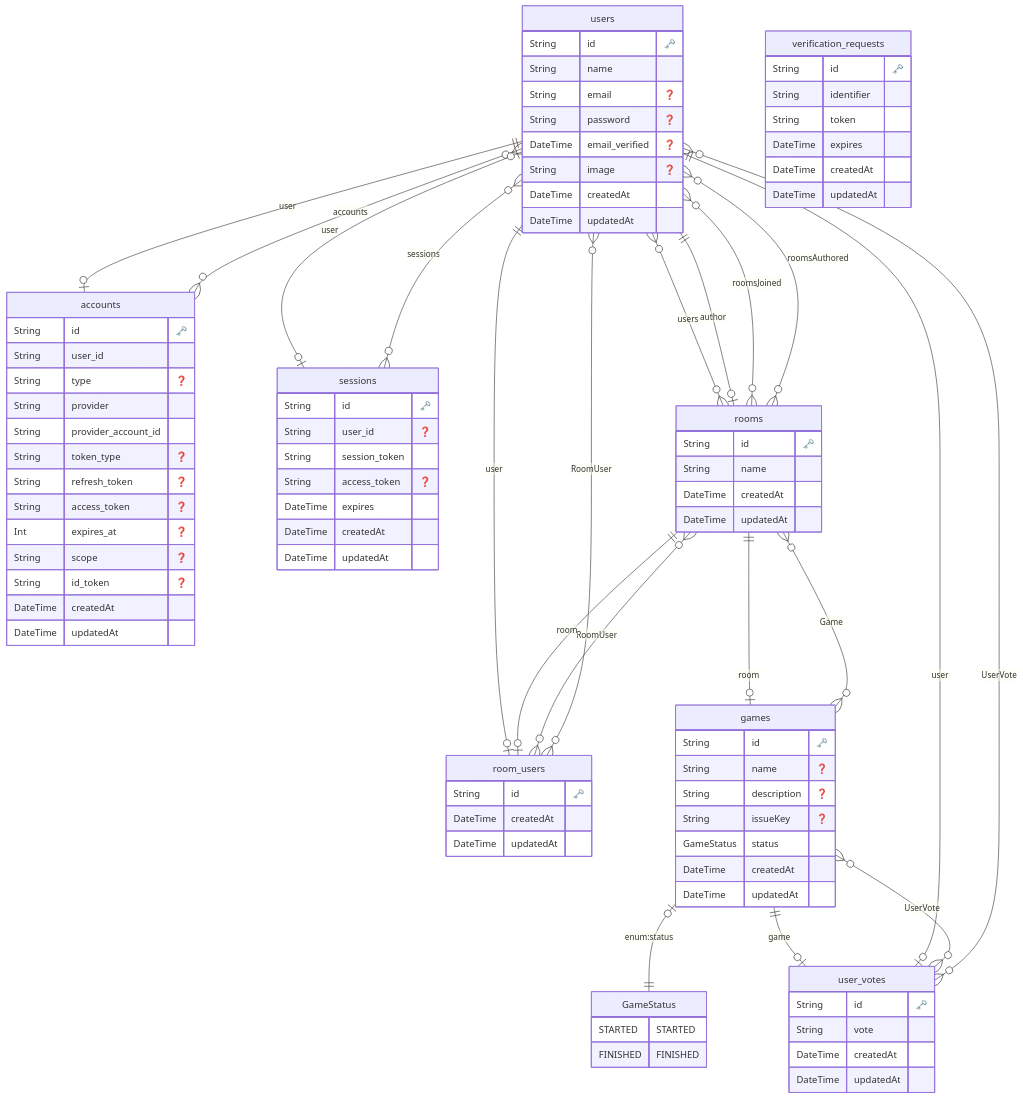
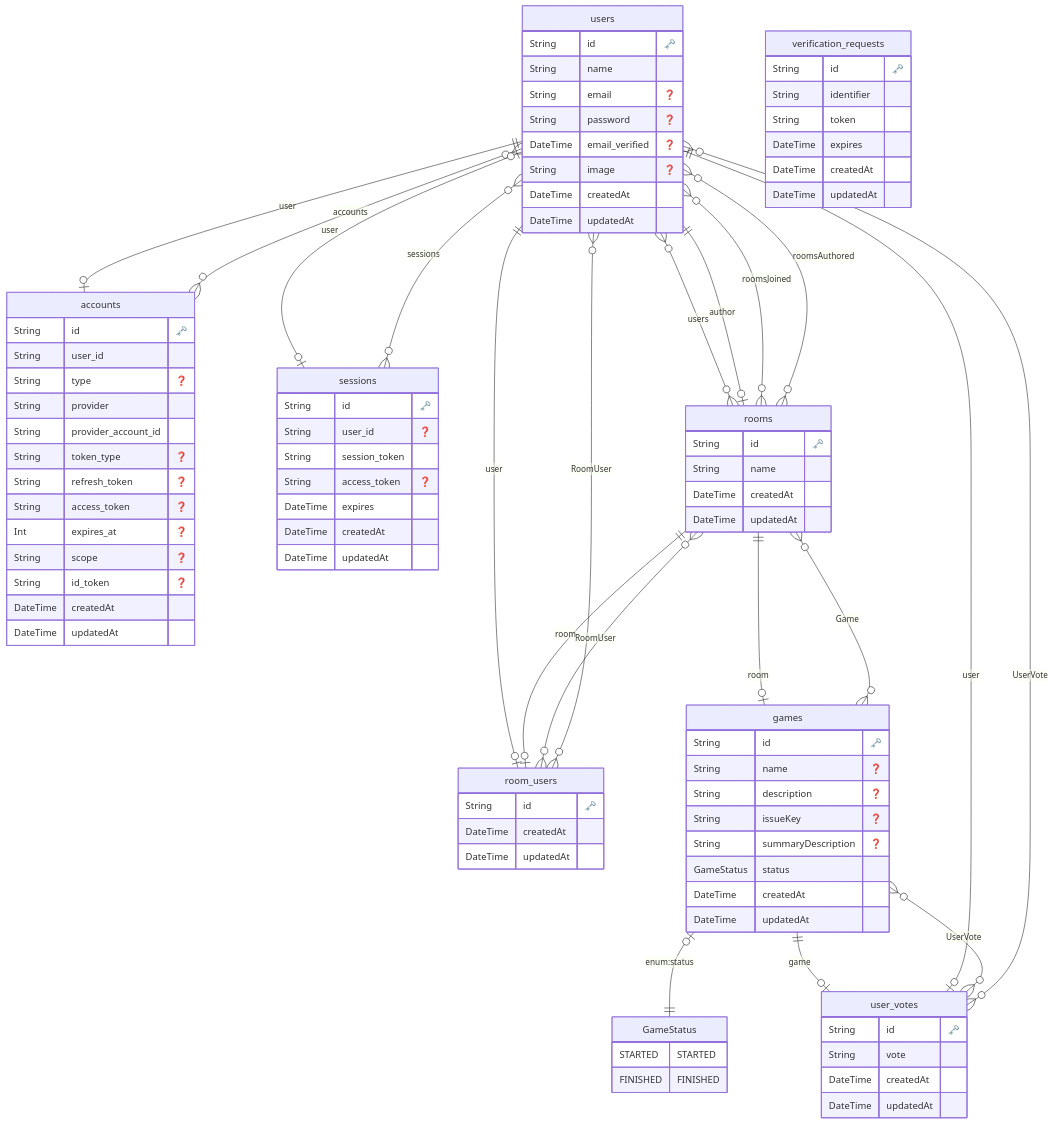
Before and after one commit to sebastiansiejek/planning-poker: the diagram in ERD.md, drawn with Mermaid. The commit also changed 3 other files, not shown here.

```diff
--- a/ERD.md
+++ b/ERD.md
@@ -76,6 +76,7 @@
     String name "❓"
     String description "❓"
     String issueKey "❓"
+    String summaryDescription "❓"
     GameStatus status 
     DateTime createdAt 
     DateTime updatedAt 
```
